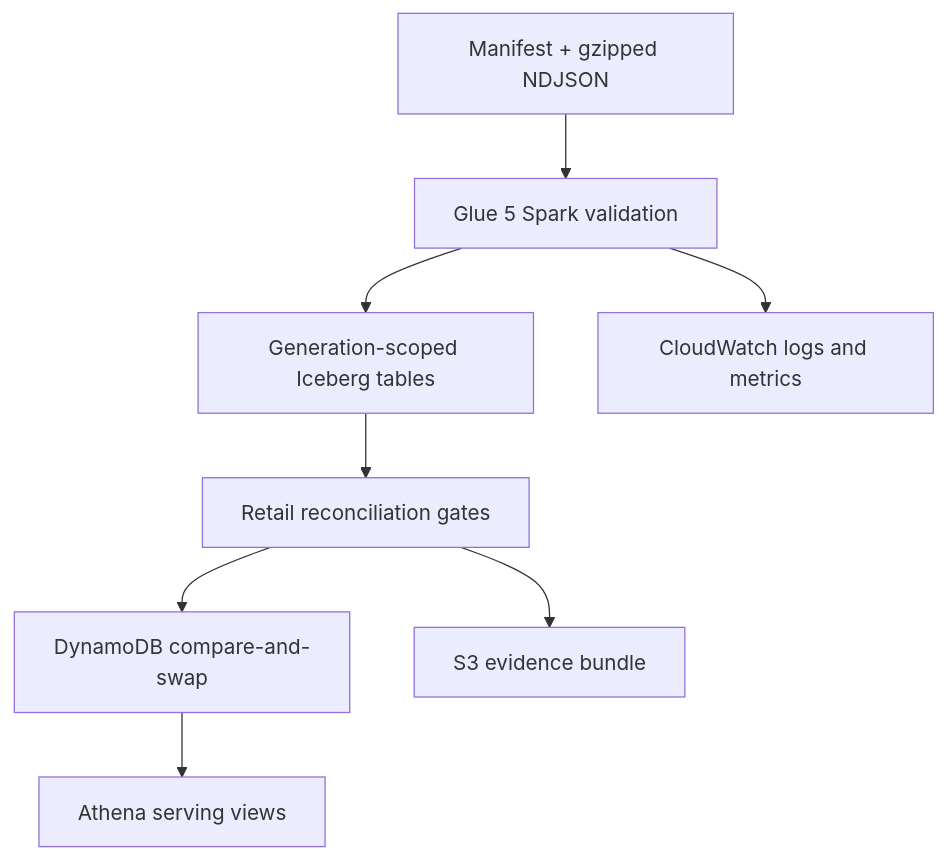
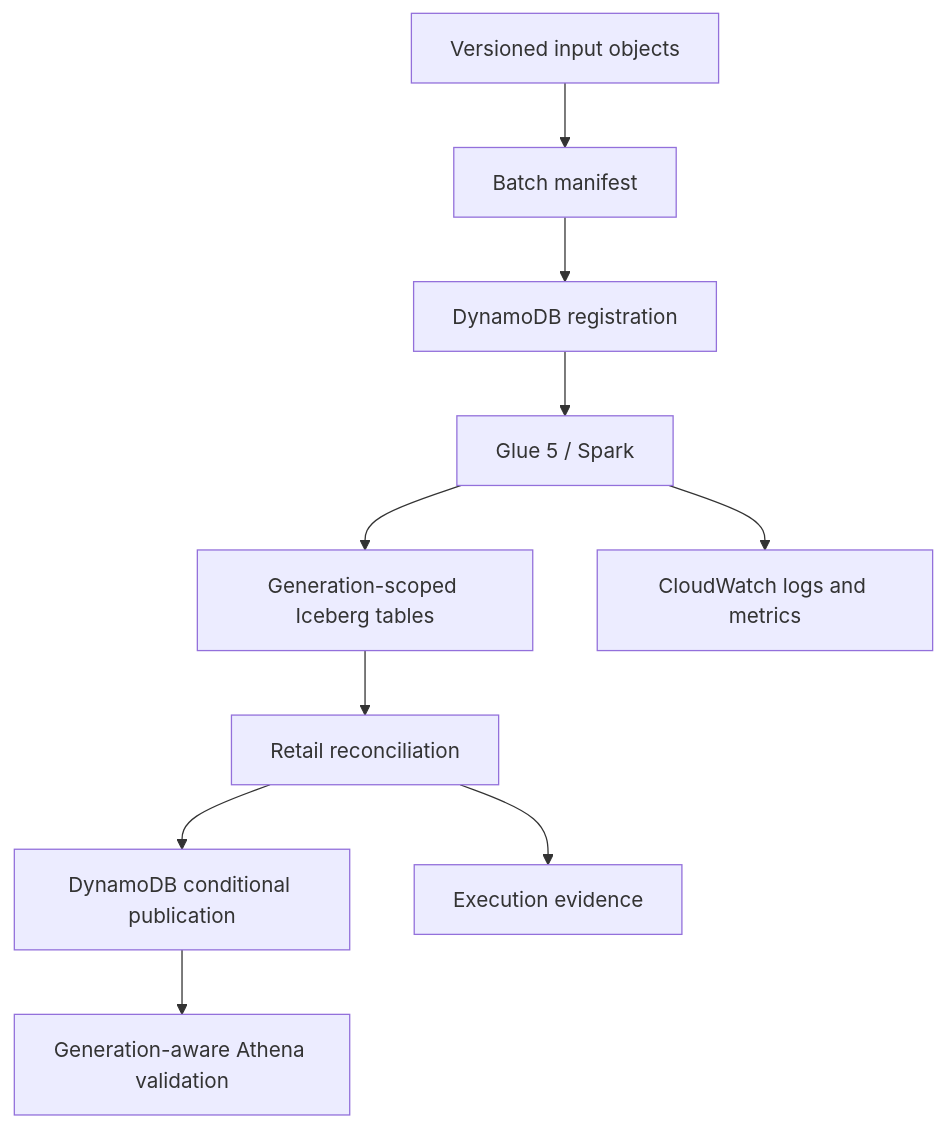
One commit to bhuvaneshwaranmurugan21/atlasretail-lakehouse-platform changed the diagram in docs/architecture.md. Above: the diagram before and after it, drawn with Mermaid. The commit also changed other lines of this file and 15 other files, not shown here.

````diff
--- a/docs/architecture.md
+++ b/docs/architecture.md
@@ -7,10 +7,12 @@
 ```mermaid
 flowchart TD
-    A["Manifest + gzipped NDJSON"] --> B["Glue 5 Spark validation"]
-    B --> C["Generation-scoped Iceberg tables"]
-    C --> D["Retail reconciliation gates"]
-    D --> E["DynamoDB compare-and-swap"]
-    E --> F["Athena serving views"]
-    B --> G["CloudWatch logs and metrics"]
-    D --> H["S3 evidence bundle"]
+    A["Versioned input objects"] --> B["Batch manifest"]
+    B --> C["DynamoDB registration"]
+    C --> D["Glue 5 / Spark"]
+    D --> E["Generation-scoped Iceberg tables"]
+    E --> F["Retail reconciliation"]
+    F --> G["DynamoDB conditional publication"]
+    G --> H["Generation-aware Athena validation"]
+    D --> I["CloudWatch logs and metrics"]
+    F --> J["Execution evidence"]
 ```
````
